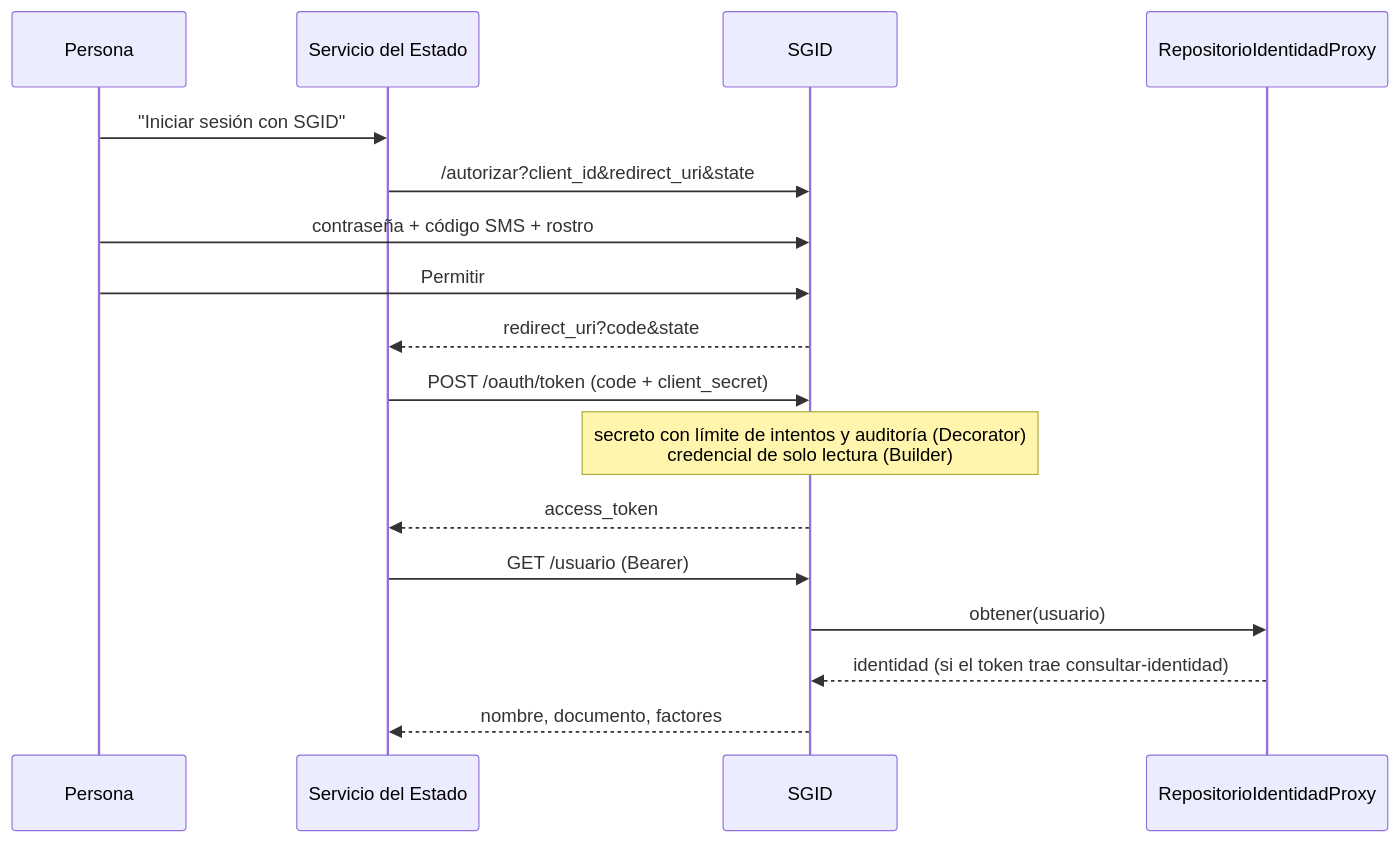
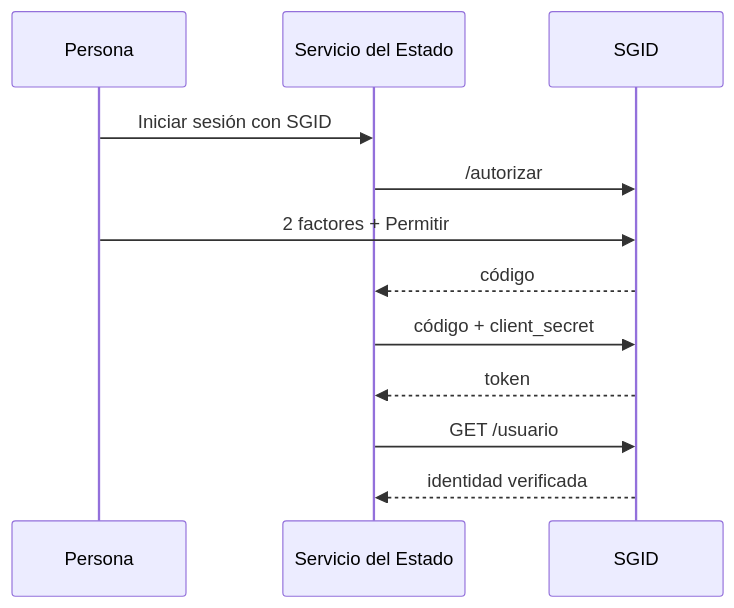
One commit to Jean0405/SistemaGestionDigital changed the eighth of 10 diagrams in README.md. Above: the diagram before and after it, drawn with Mermaid. The commit also changed other lines of this file and 18 other files, not shown here.

Commit message:
Agrega Strategy y Template Method, inicio de sesión con 2 de 3 métodos y nuevo diseño de la interfaz

````diff
--- a/README.md
+++ b/README.md
@@ -1641,20 +439,14 @@
 ```mermaid
 sequenceDiagram
     participant P as Persona
     participant S as Servicio del Estado
-    participant SGID as SGID
-    participant Px as RepositorioIdentidadProxy
-
-    P->>S: "Iniciar sesión con SGID"
-    S->>SGID: /autorizar?client_id&redirect_uri&state
-    P->>SGID: contraseña + código SMS + rostro
-    P->>SGID: Permitir
-    SGID-->>S: redirect_uri?code&state
-    S->>SGID: POST /oauth/token (code + client_secret)
-    Note over SGID: secreto con límite de intentos y auditoría (Decorator)<br/>credencial de solo lectura (Builder)
-    SGID-->>S: access_token
-    S->>SGID: GET /usuario (Bearer)
-    SGID->>Px: obtener(usuario)
-    Px-->>SGID: identidad (si el token trae consultar-identidad)
-    SGID-->>S: nombre, documento, factores
+    participant SGID
+    P->>S: Iniciar sesión con SGID
+    S->>SGID: /autorizar
+    P->>SGID: 2 factores + Permitir
+    SGID-->>S: código
+    S->>SGID: código + client_secret
+    SGID-->>S: token
+    S->>SGID: GET /usuario
+    SGID-->>S: identidad verificada
 ```
````
